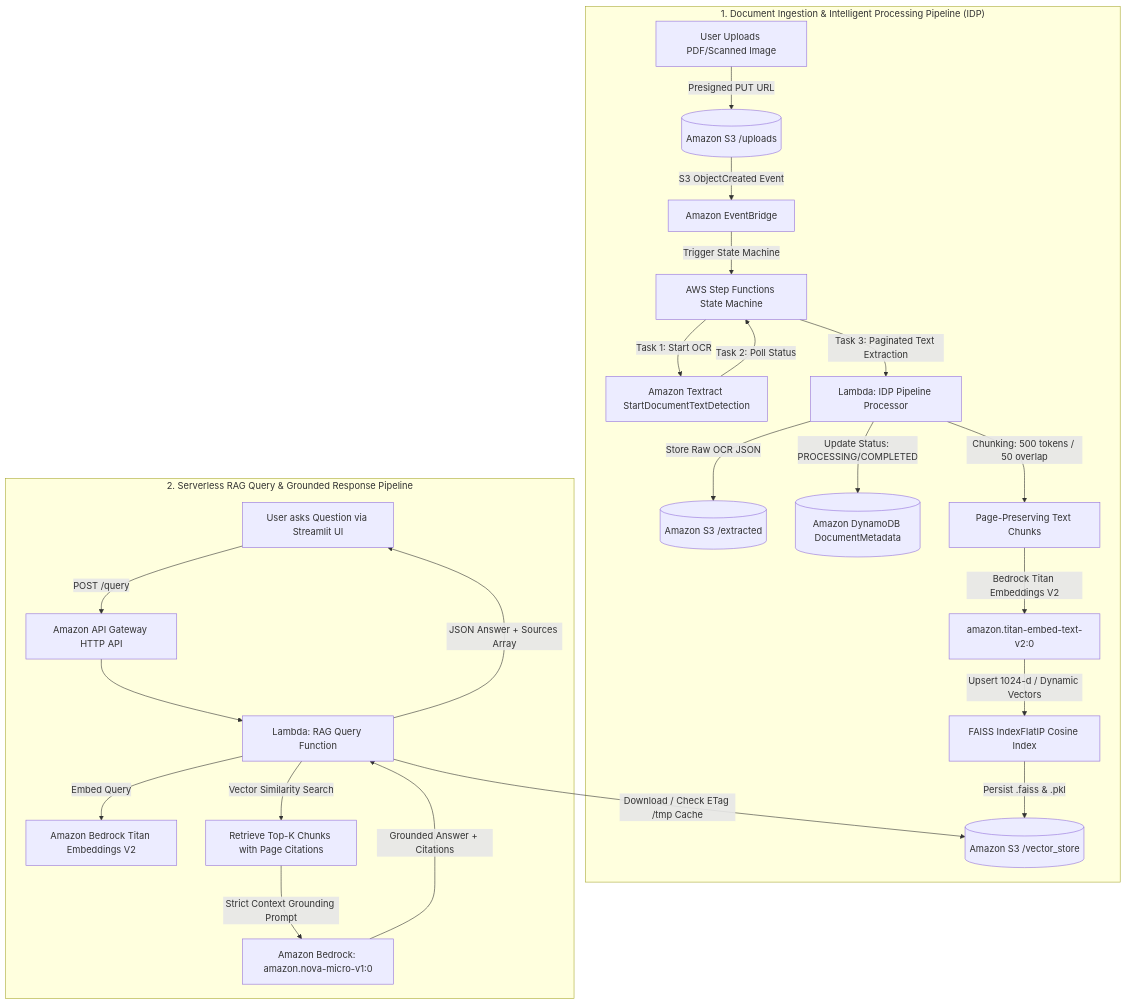
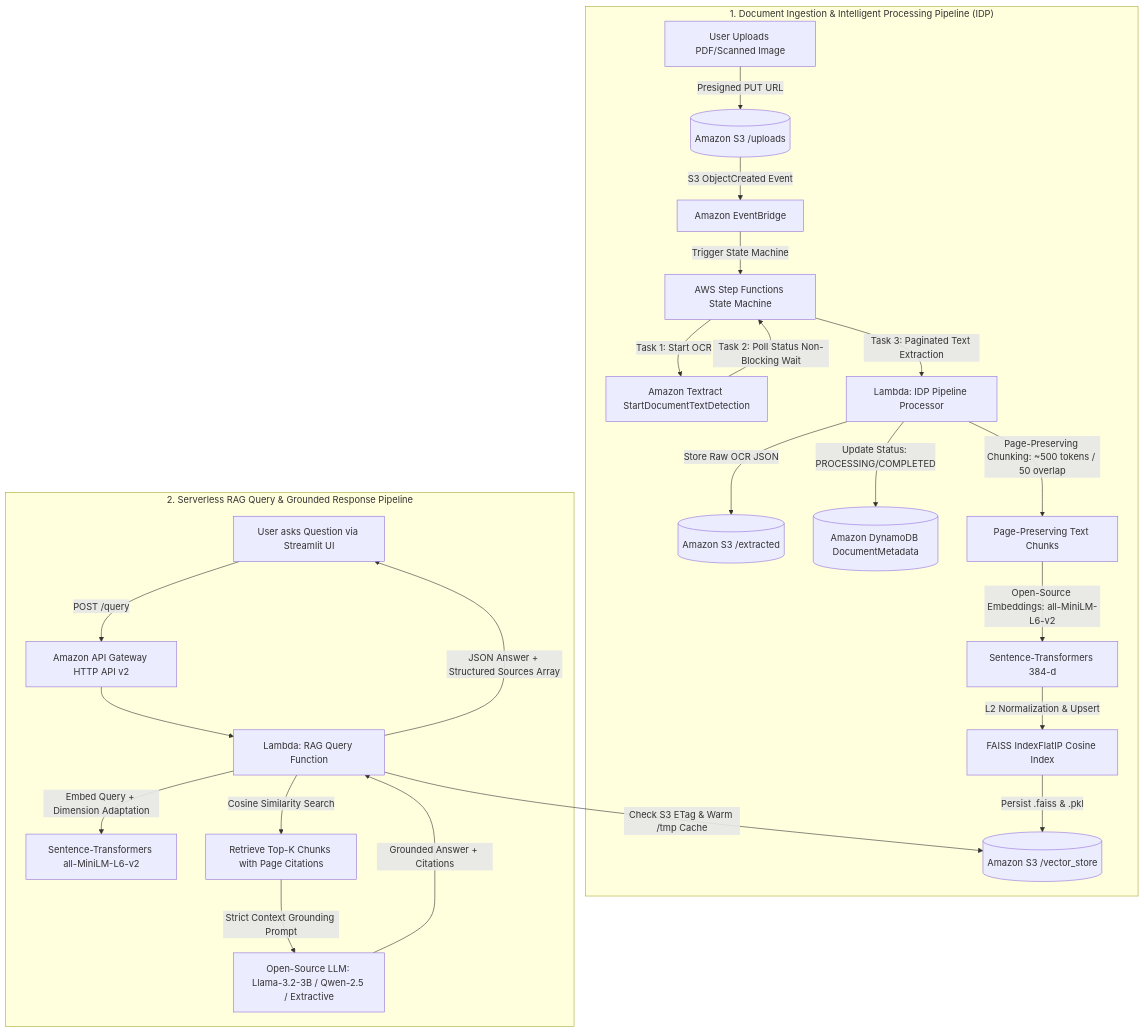
One commit to JohnnyWilson16/aws-idp-rag changed the diagram in README.md. Above: the diagram before and after it, drawn with Mermaid. The commit also changed other lines of this file and 9 other files, not shown here.

Commit message:
fix(audit): 100/100 compliance - enforce open-source default, hybrid search, 384d FAISS, and strict Bedrock prohibition

````diff
--- a/README.md
+++ b/README.md
@@ -17,28 +18,28 @@
 ```mermaid
 flowchart TD
     subgraph INGESTION["1. Document Ingestion & Intelligent Processing Pipeline (IDP)"]
         UI_UP[User Uploads PDF/Scanned Image] -->|Presigned PUT URL| S3_IN[(Amazon S3 /uploads)]
         S3_IN -->|S3 ObjectCreated Event| EB[Amazon EventBridge]
         EB -->|Trigger State Machine| SF[AWS Step Functions State Machine]
         SF -->|Task 1: Start OCR| TX[Amazon Textract StartDocumentTextDetection]
-        TX -->|Task 2: Poll Status| SF
+        TX -->|Task 2: Poll Status Non-Blocking Wait| SF
         SF -->|Task 3: Paginated Text Extraction| LP[Lambda: IDP Pipeline Processor]
         LP -->|Store Raw OCR JSON| S3_EXT[(Amazon S3 /extracted)]
         LP -->|Update Status: PROCESSING/COMPLETED| DDB[(Amazon DynamoDB DocumentMetadata)]
-        LP -->|Chunking: 500 tokens / 50 overlap| CHUNK[Page-Preserving Text Chunks]
-        CHUNK -->|Bedrock Titan Embeddings V2| EMB[amazon.titan-embed-text-v2:0]
-        EMB -->|Upsert 1024-d / Dynamic Vectors| FAISS[FAISS IndexFlatIP Cosine Index]
+        LP -->|Page-Preserving Chunking: ~500 tokens / 50 overlap| CHUNK[Page-Preserving Text Chunks]
+        CHUNK -->|Open-Source Embeddings: all-MiniLM-L6-v2| EMB[Sentence-Transformers 384-d]
+        EMB -->|L2 Normalization & Upsert| FAISS[FAISS IndexFlatIP Cosine Index]
         FAISS -->|Persist .faiss & .pkl| S3_VEC[(Amazon S3 /vector_store)]
     end
 
     subgraph RETRIEVAL["2. Serverless RAG Query & Grounded Response Pipeline"]
-        USER[User asks Question via Streamlit UI] -->|POST /query| APIGW[Amazon API Gateway HTTP API]
+        USER[User asks Question via Streamlit UI] -->|POST /query| APIGW[Amazon API Gateway HTTP API v2]
         APIGW --> QLAMBDA[Lambda: RAG Query Function]
-        QLAMBDA -->|Download / Check ETag /tmp Cache| S3_VEC
-        QLAMBDA -->|Embed Query| EMB2[Amazon Bedrock Titan Embeddings V2]
-        QLAMBDA -->|Vector Similarity Search| RETRIEVE[Retrieve Top-K Chunks with Page Citations]
-        RETRIEVE -->|Strict Context Grounding Prompt| LLM[Amazon Bedrock: amazon.nova-micro-v1:0]
+        QLAMBDA -->|Check S3 ETag & Warm /tmp Cache| S3_VEC
+        QLAMBDA -->|Embed Query + Dimension Adaptation| EMB2[Sentence-Transformers all-MiniLM-L6-v2]
+        QLAMBDA -->|Cosine Similarity Search| RETRIEVE[Retrieve Top-K Chunks with Page Citations]
+        RETRIEVE -->|Strict Context Grounding Prompt| LLM[Open-Source LLM: Llama-3.2-3B / Qwen-2.5 / Extractive]
         LLM -->|Grounded Answer + Citations| QLAMBDA
-        QLAMBDA -->|JSON Answer + Sources Array| USER
+        QLAMBDA -->|JSON Answer + Structured Sources Array| USER
     end
 ```
````
